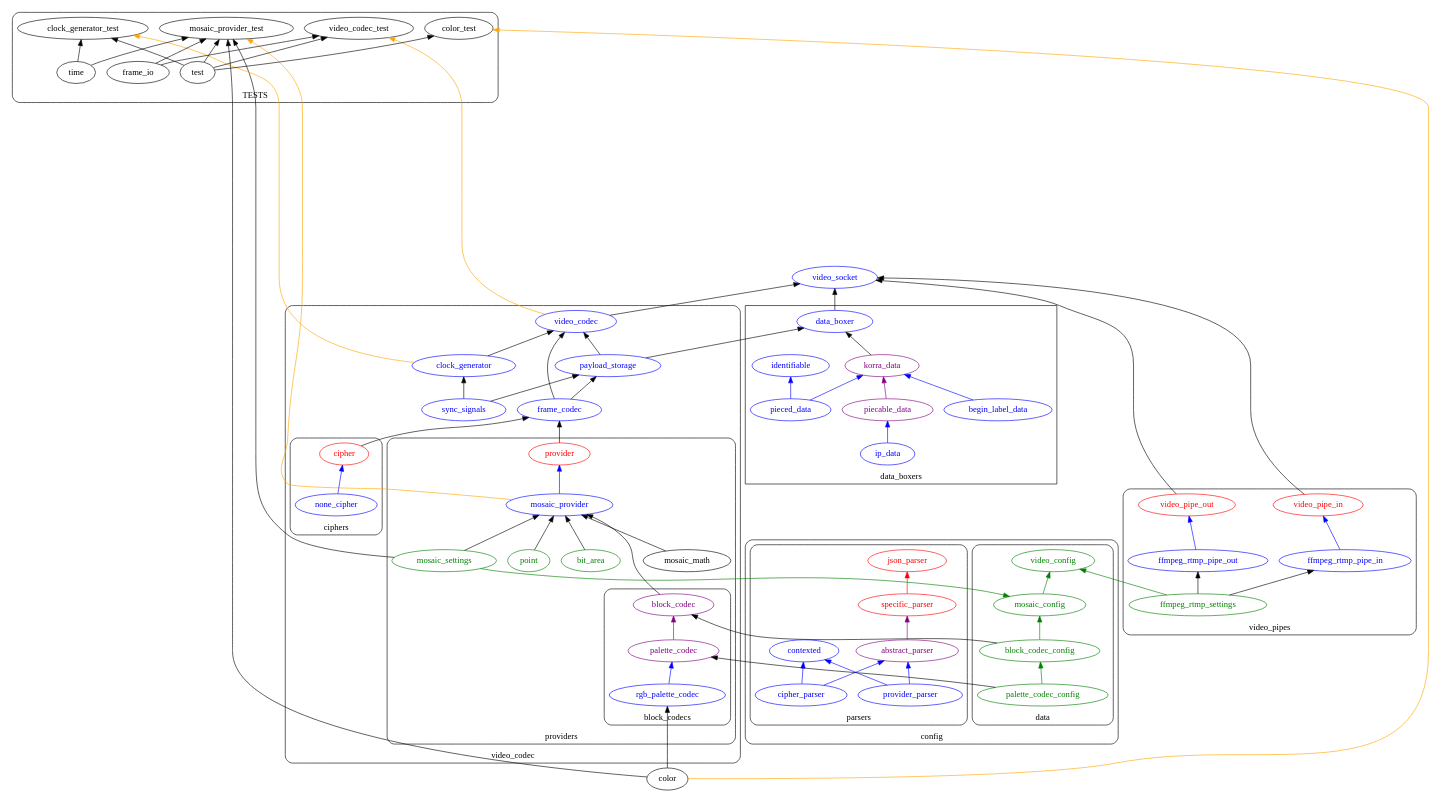
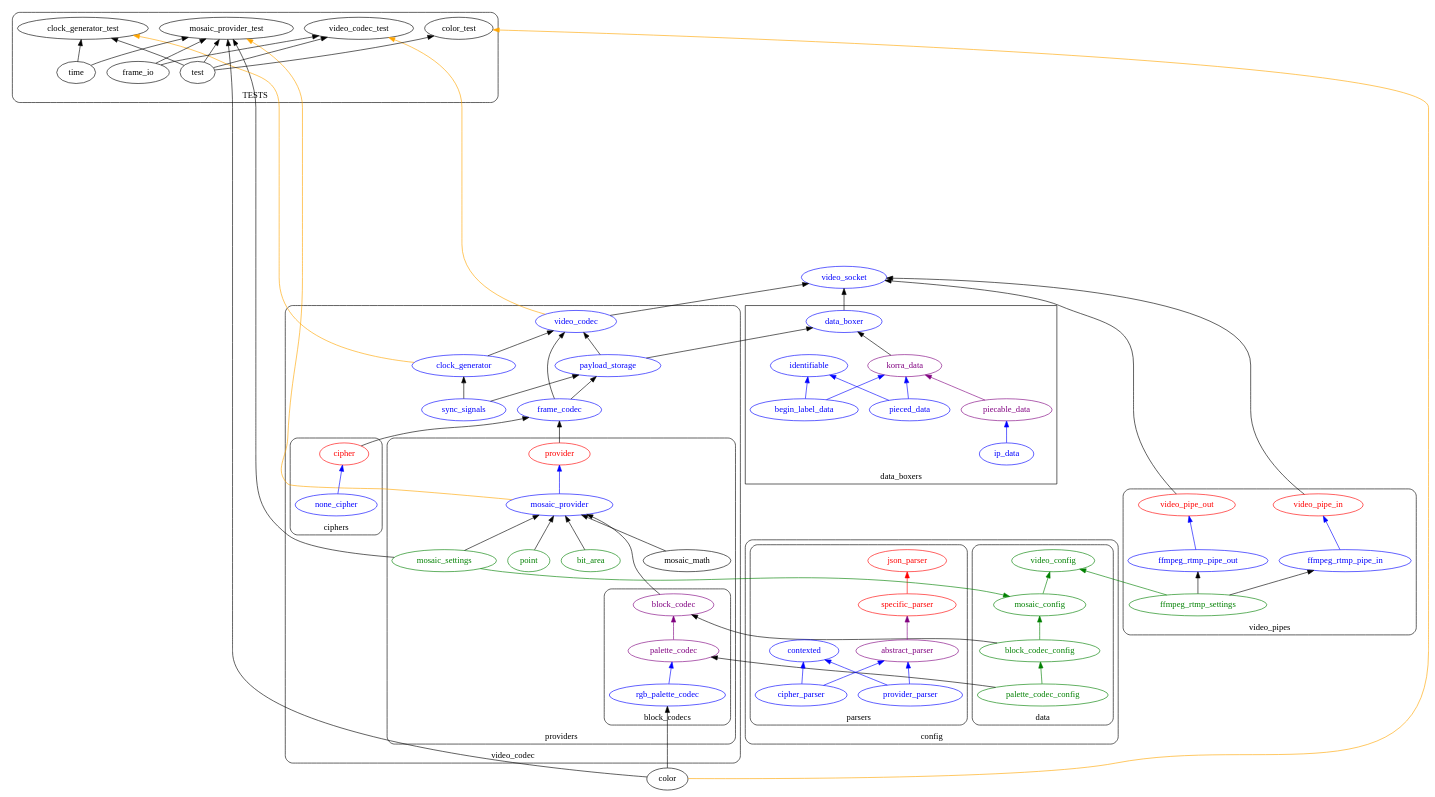
The diagram in docs/architecture.dot (libera-cifero/Korra), drawn with Graphviz before and after one commit. The commit also changed 1 other file, not shown here.

```diff
--- a/docs/architecture.dot
+++ b/docs/architecture.dot
@@ -52,6 +52,7 @@
                 pieced_data [color=blue; fontcolor=blue;]
 
                 begin_label_data->korra_data [color=blue;];
+                begin_label_data->identifiable [color = blue;];
                 pieced_data->korra_data [color = blue;];
                 pieced_data->identifiable [color=blue;];
                 piecable_data->korra_data [color=purple;];
```
